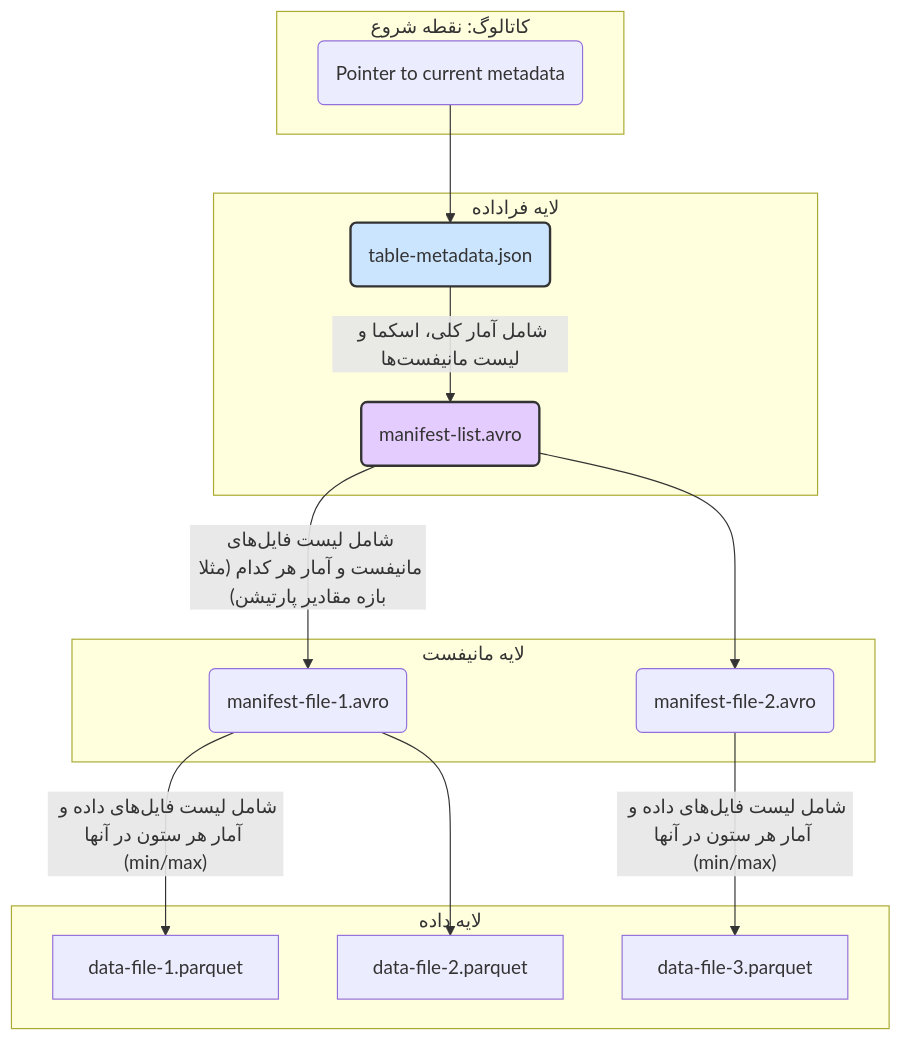
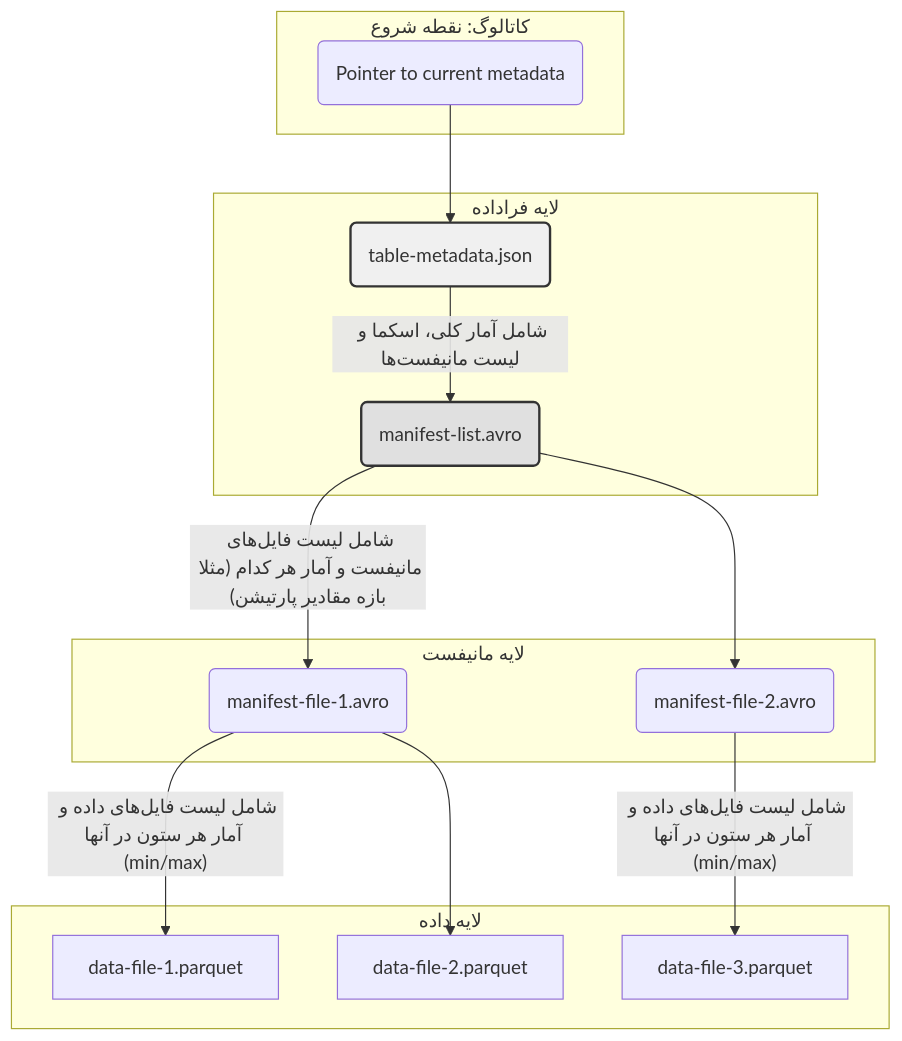
One commit to jonsonpaskal123/iceberg changed the second of 5 diagrams in iceberg_explanation_fa.md. Above: the diagram before and after it, drawn with Mermaid. The commit also changed other lines of this file, not shown here.

Commit message:
style(docs): Improve Mermaid diagram readability
- Change the fill color of the diagram boxes to a lighter shade.
- Set the text color to a darker shade to ensure better contrast and readability.

````diff
--- a/iceberg_explanation_fa.md
+++ b/iceberg_explanation_fa.md
@@ -84,34 +84,34 @@
     ```mermaid
     graph TD
         subgraph Catalog [کاتالوگ: نقطه شروع]
             A(Pointer to current metadata)
         end
 
         subgraph Metadata Layer [لایه فراداده]
             B(table-metadata.json)
             B -- "شامل آمار کلی، اسکما و لیست مانیفست‌ها" --> C
         end
         
         subgraph Manifest Layer [لایه مانیفست]
             C(manifest-list.avro)
             C -- "شامل لیست فایل‌های مانیفست و آمار هر کدام (مثلا بازه مقادیر پارتیشن)" --> D1
             C --> D2
             
             D1(manifest-file-1.avro)
             D2(manifest-file-2.avro)
         end
 
         subgraph Data Layer [لایه داده]
             D1 -- "شامل لیست فایل‌های داده و آمار هر ستون در آنها (min/max)" --> E1
             D1 --> E2
             D2 -- "شامل لیست فایل‌های داده و آمار هر ستون در آنها (min/max)" --> E3
             
             E1[data-file-1.parquet]
             E2[data-file-2.parquet]
             E3[data-file-3.parquet]
         end
 
         A --> B
-        style B fill:#cce5ff,stroke:#333,stroke-width:2px
-        style C fill:#e5ccff,stroke:#333,stroke-width:2px
+        style B fill:#f0f0f0,stroke:#333,stroke-width:2px,color:#333
+        style C fill:#e0e0e0,stroke:#333,stroke-width:2px,color:#333
     ```
````
